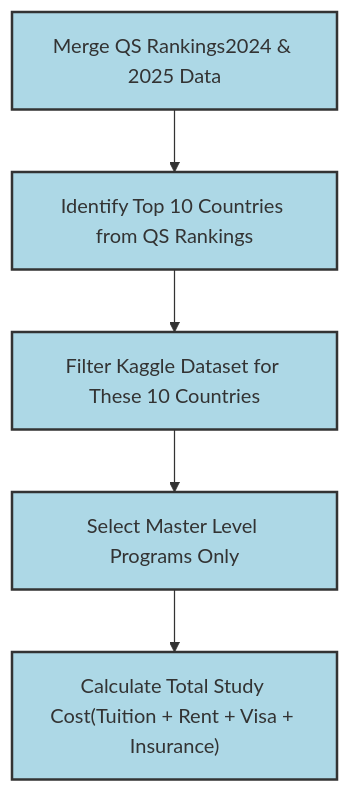
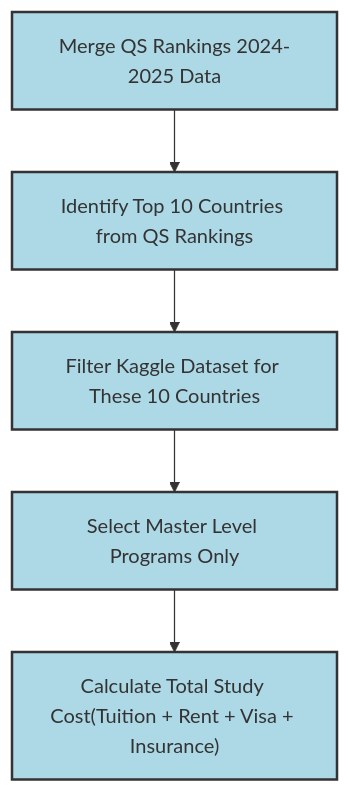
The diagram in slides.qmd (ETC5513-2025/assignment-3-reproducible-reporting-gitty8), drawn with Mermaid before and after one commit. The commit also changed 10 other files, not shown here.

````diff
--- a/slides.qmd
+++ b/slides.qmd
@@ -70,14 +70,14 @@
 ```{mermaid}
 %%{init: {"flowchart": {"htmlLabels": false}} }%%
 flowchart TD
-    A["Merge QS Rankings2024 & 2025 Data"] --> B["Identify Top 10 Countries from QS Rankings"]
+    A["Merge QS Rankings 2024-2025 Data"] --> B["Identify Top 10 Countries from QS Rankings"]
     B --> C["Filter Kaggle Dataset for These 10 Countries"]
     C --> D["Select Master Level Programs Only"]
     D --> E["Calculate Total Study Cost(Tuition + Rent + Visa + Insurance)"]
     
     style A fill:#add8e6,stroke:#333,stroke-width:2px
     style B fill:#add8e6,stroke:#333,stroke-width:2px
     style C fill:#add8e6,stroke:#333,stroke-width:2px
     style D fill:#add8e6,stroke:#333,stroke-width:2px
     style E fill:#add8e6,stroke:#333,stroke-width:2px
 ```
````
